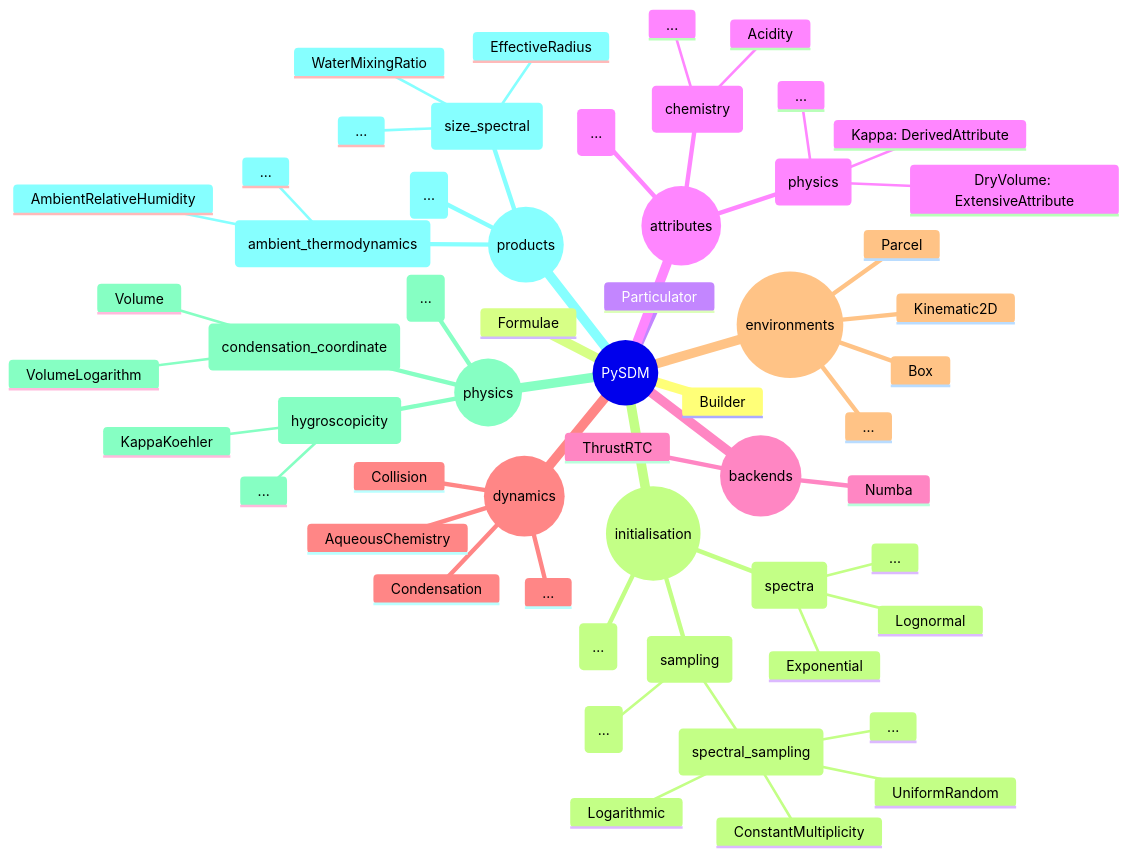
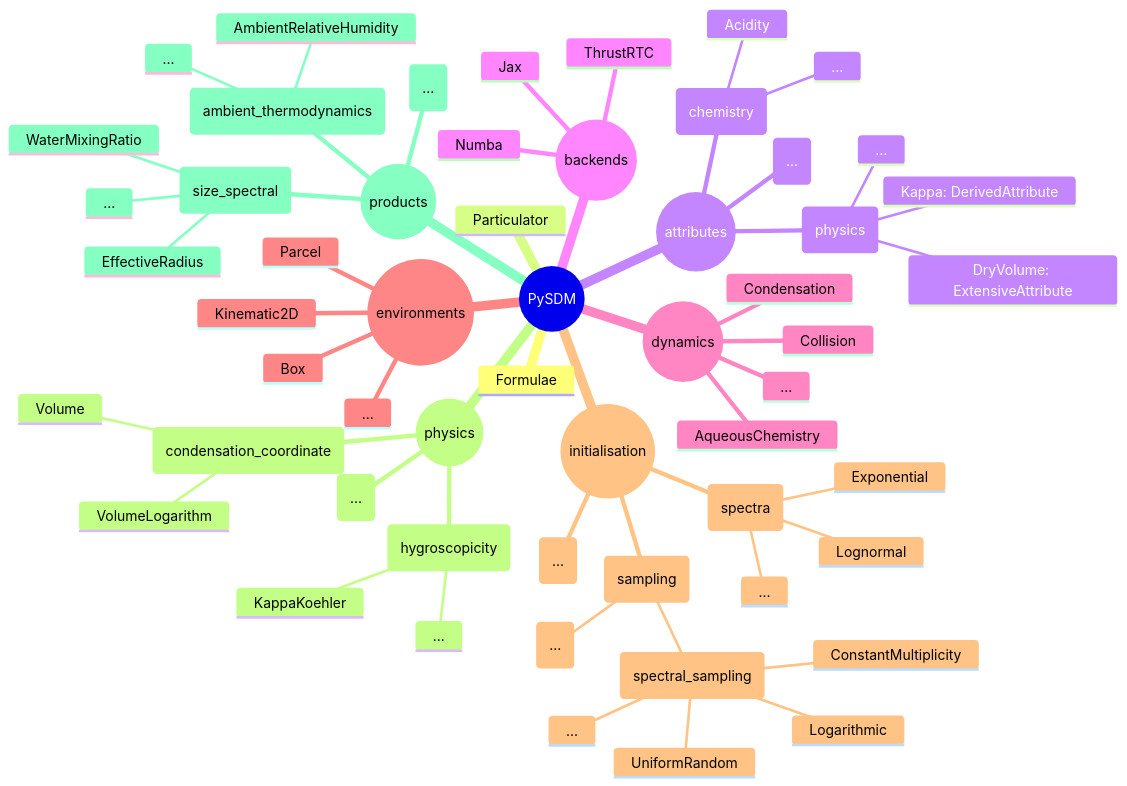
One commit to open-atmos/PySDM changed the second of 2 diagrams in docs/markdown/pysdm_landing.md. Above: the diagram before and after it, drawn with Mermaid. The commit also changed other lines of this file and 117 other files, not shown here.

````diff
--- a/docs/markdown/pysdm_landing.md
+++ b/docs/markdown/pysdm_landing.md
@@ -649,59 +651,59 @@
 ```mermaid
 mindmap
   root((PySDM))
-    Builder
     Formulae
     Particulator
     ((attributes))
       (physics)
         DryVolume: ExtensiveAttribute
         Kappa: DerivedAttribute
         ...
       (chemistry)
         Acidity
         ...
       (...)
     ((backends))
       Numba
       ThrustRTC
+      Jax
     ((dynamics))
       AqueousChemistry
       Collision
       Condensation
       ...
     ((environments))
       Box
       Parcel
       Kinematic2D
       ...
     ((initialisation))
       (spectra)
         Lognormal
         Exponential
         ...
       (sampling)
         (spectral_sampling)
           ConstantMultiplicity
           UniformRandom
           Logarithmic
           ...
         (...)
       (...)
     ((physics))
       (hygroscopicity)
         KappaKoehler
         ...
       (condensation_coordinate)
         Volume
         VolumeLogarithm
       (...)
     ((products))
       (size_spectral)
         EffectiveRadius
         WaterMixingRatio
         ...
       (ambient_thermodynamics)
         AmbientRelativeHumidity
         ...
       (...)
 ```
````
